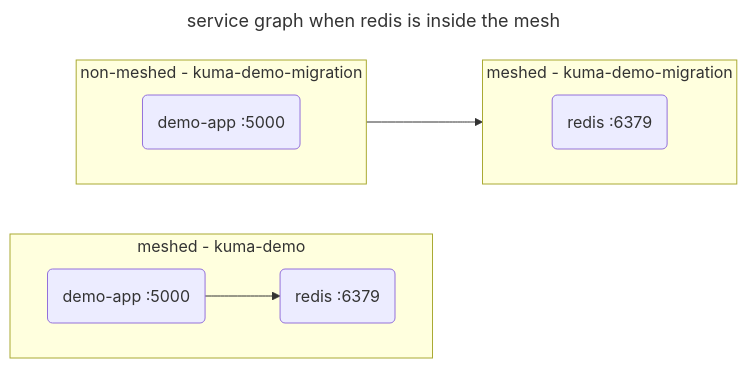
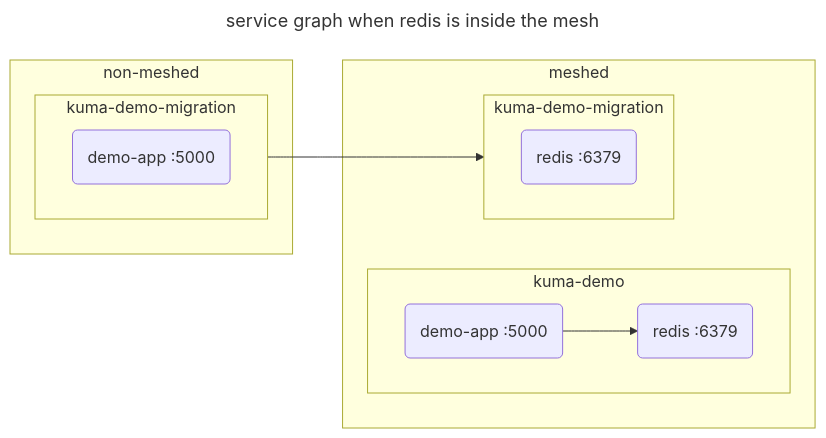
Before and after one commit to kumahq/kuma-website: the second of 3 diagrams in app/_src/guides/progressively-rolling-in-strict-mtls.md, drawn with Mermaid. The commit also changed other lines of this file, not shown here.

Commit message:
feat(meshtls): make meshed and unmeshed distinction more visible

```diff
--- a/app/_src/guides/progressively-rolling-in-strict-mtls.md
+++ b/app/_src/guides/progressively-rolling-in-strict-mtls.md
@@ -93,21 +97,26 @@
 {% mermaid %}
 ---
 title: service graph when redis is inside the mesh
 ---
 flowchart LR
-    subgraph meshed - kuma-demo
-        direction LR
-        demo-app(demo-app :5000)
-        redis(redis :6379)
-        demo-app --> redis
+    subgraph meshed
+        subgraph kuma-demo
+            direction LR
+            demo-app(demo-app :5000)
+            redis(redis :6379)
+            demo-app --> redis
+        end
+        
+        subgraph kuma-demo-migration 
+            direction LR
+            redis2(redis :6379)
+        end
     end
-    subgraph non-meshed - kuma-demo-migration
-        direction LR
-        demo-app2(demo-app :5000)
-    end
-        subgraph meshed - kuma-demo-migration
-        direction LR
-        redis2(redis :6379)
-        demo-app2 --> redis2
+    subgraph non-meshed
+        subgraph kuma-demo-migration
+            direction LR
+            demo-app2(demo-app :5000)
+            demo-app2 --> redis2
+        end
     end
 {% endmermaid %}
```
